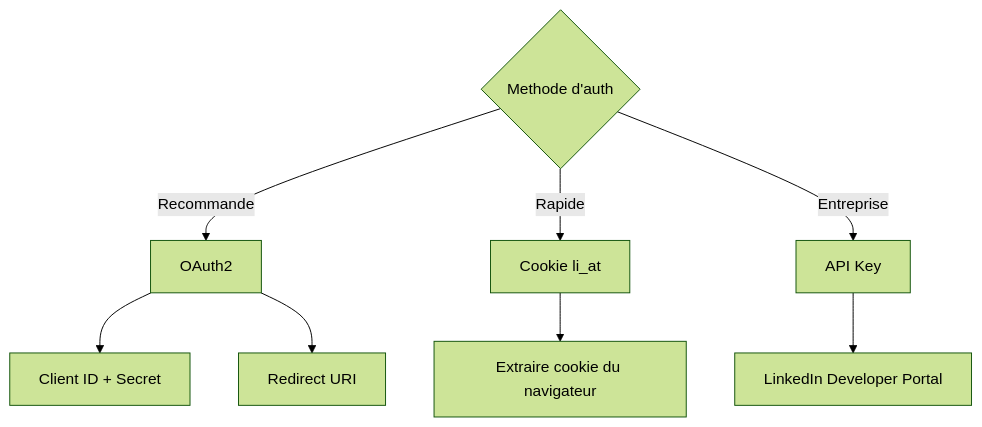
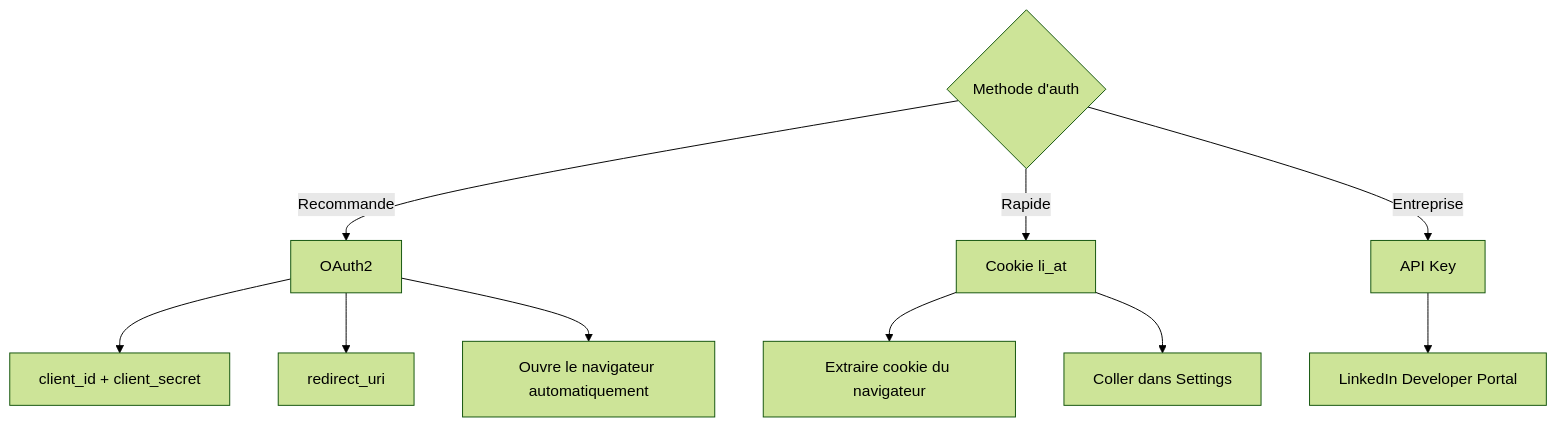
One commit to cve-solutions/MyCommercial changed the fourth of 4 diagrams in doc/INSTALLATION.md. Above: the diagram before and after it, drawn with Mermaid (forest theme). The commit also changed other lines of this file and 3 other files, not shown here.

````diff
--- a/doc/INSTALLATION.md
+++ b/doc/INSTALLATION.md
@@ -250,14 +282,16 @@
 ```mermaid
 graph TD
     AUTH{Methode d'auth}
     AUTH -->|Recommande| OA[OAuth2]
-    AUTH -->|Rapide| CK[Cookie li_at]
+    AUTH -->|Rapide| CK["Cookie li_at"]
     AUTH -->|Entreprise| AK[API Key]
 
-    OA --> OA1[Client ID + Secret]
-    OA --> OA2[Redirect URI]
+    OA --> OA1["client_id + client_secret"]
+    OA --> OA2["redirect_uri"]
+    OA --> OA3["Ouvre le navigateur automatiquement"]
 
-    CK --> CK1[Extraire cookie du navigateur]
+    CK --> CK1["Extraire cookie du navigateur"]
+    CK --> CK2["Coller dans Settings"]
 
-    AK --> AK1[LinkedIn Developer Portal]
+    AK --> AK1["LinkedIn Developer Portal"]
 ```
````
